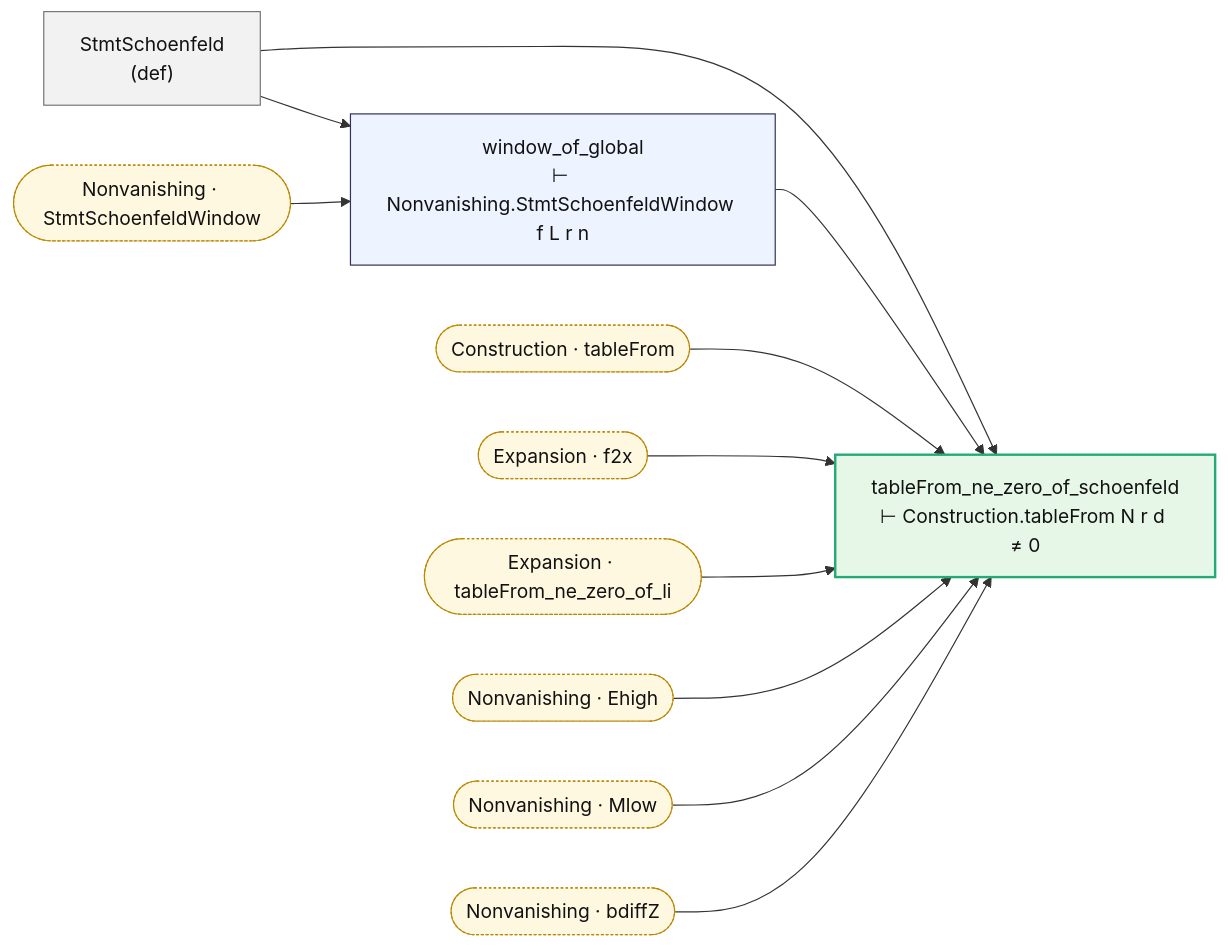
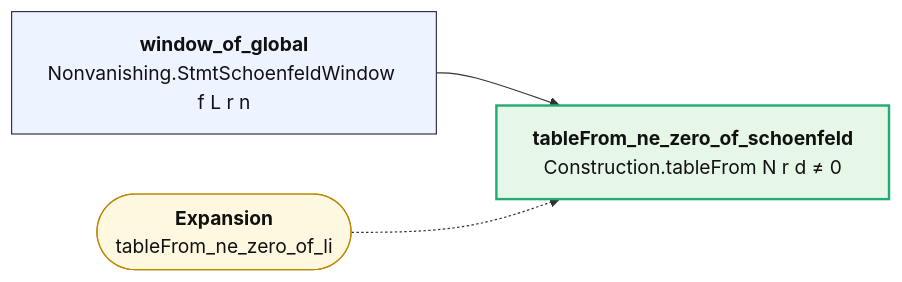
The diagram in map/lean/Schoenfeld.md (juliansambranojr/Primebeat_081426), drawn with Mermaid before and after one commit. The commit also changed other lines of this file and 387 other files, not shown here.

````diff
--- a/map/lean/Schoenfeld.md
+++ b/map/lean/Schoenfeld.md
@@ -8,29 +12,13 @@
 ```mermaid
 flowchart LR
-  n0["StmtSchoenfeld<br/>(def)"]:::dfn
-  n1["window_of_global<br/>⊢ Nonvanishing.StmtSchoenfeldWindow f L r n"]:::thm
-  n2["tableFrom_ne_zero_of_schoenfeld<br/>⊢ Construction.tableFrom N r d ≠ 0"]:::end_
-  x0(["Construction · tableFrom"]):::ext
-  x1(["Expansion · f2x"]):::ext
-  x2(["Expansion · tableFrom_ne_zero_of_li"]):::ext
-  x3(["Nonvanishing · Ehigh"]):::ext
-  x4(["Nonvanishing · Mlow"]):::ext
-  x5(["Nonvanishing · StmtSchoenfeldWindow"]):::ext
-  x6(["Nonvanishing · bdiffZ"]):::ext
+  n0["<b>window_of_global</b><br/>Nonvanishing.StmtSchoenfeldWindow f L r n"]:::thm
+  n1["<b>tableFrom_ne_zero_of_schoenfeld</b><br/>Construction.tableFrom N r d ≠ 0"]:::end_
+  x0(["<b>Expansion</b><br/>tableFrom_ne_zero_of_li"]):::ext
   n0 --> n1
-  n0 --> n2
-  n1 --> n2
-  x0 --> n2
-  x1 --> n2
-  x2 --> n2
-  x3 --> n2
-  x4 --> n2
-  x5 --> n1
-  x6 --> n2
+  x0 -.-> n1
   classDef thm fill:#eef4ff,stroke:#335,color:#111
-  classDef dfn fill:#f2f2f2,stroke:#777,color:#111
   classDef end_ fill:#e7f7e7,stroke:#2a7,color:#111,stroke-width:2px
   classDef lone fill:#fff,stroke:#999,color:#111,stroke-dasharray:4 3
   classDef bad fill:#ffe5e5,stroke:#c22,color:#111,stroke-width:2px
-  classDef ext fill:#fff8e1,stroke:#b80,color:#111,stroke-dasharray:2 2
+  classDef ext fill:#fff8e1,stroke:#b80,color:#111
 ```
````
